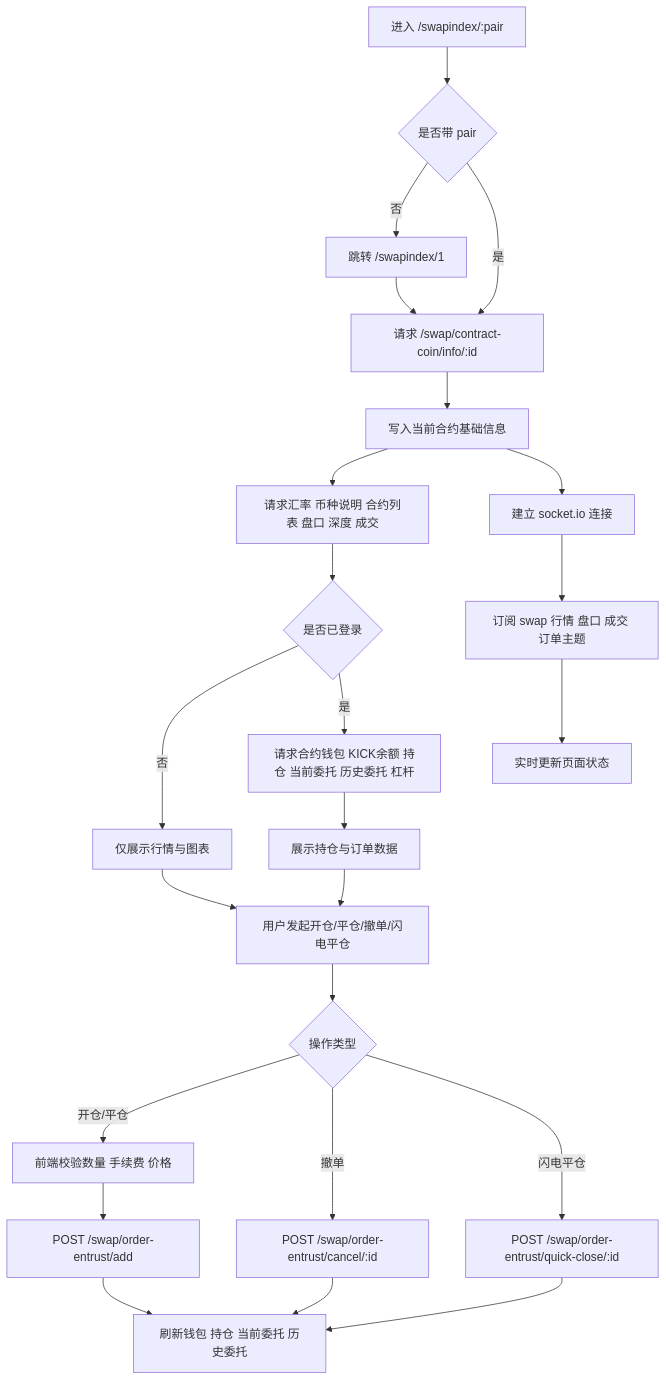
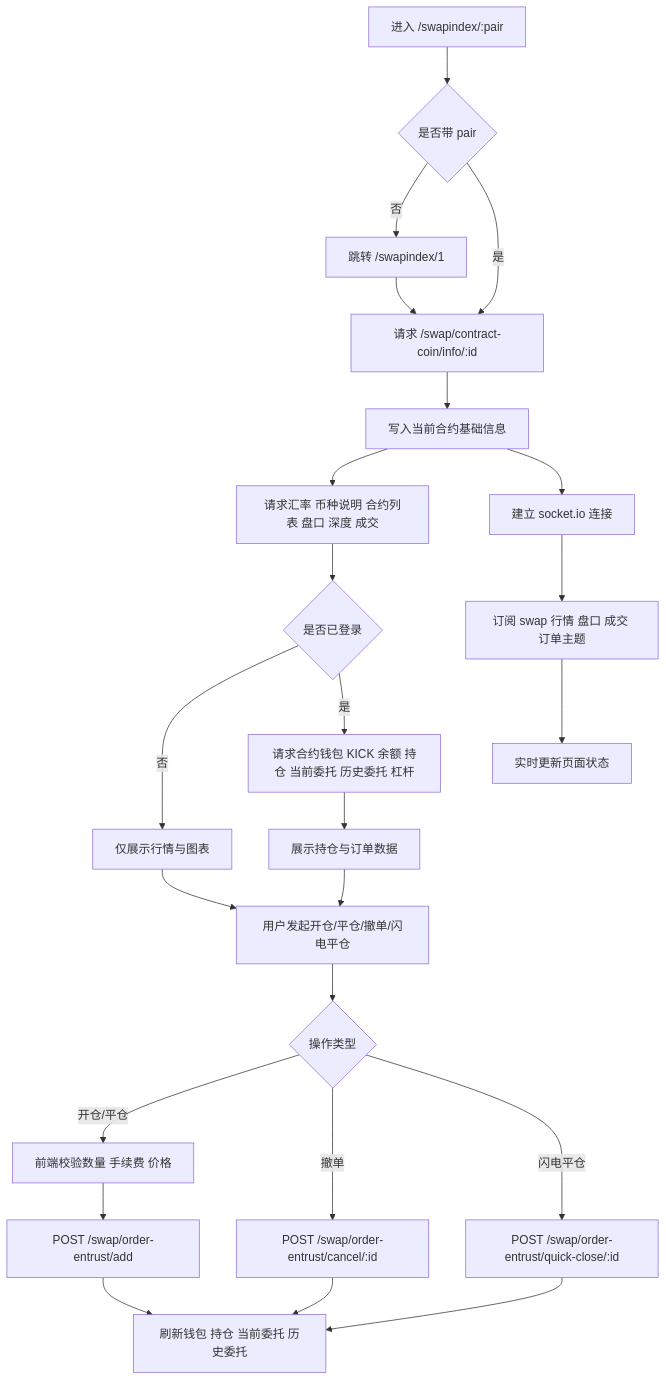
The first of 4 diagrams in 永续合约业务流程梳理.md (ethan2737/mscoin), drawn with Mermaid before and after one commit. The commit also changed other lines of this file and 5 other files, not shown here.

````diff
--- a/永续合约业务流程梳理.md
+++ b/永续合约业务流程梳理.md
@@ -133,26 +461,26 @@
 ```mermaid
 flowchart TD
     A[进入 /swapindex/:pair] --> B{是否带 pair}
     B -- 否 --> C[跳转 /swapindex/1]
     B -- 是 --> D[请求 /swap/contract-coin/info/:id]
     C --> D
     D --> E[写入当前合约基础信息]
     E --> F[请求汇率 币种说明 合约列表 盘口 深度 成交]
     F --> G{是否已登录}
     G -- 否 --> H[仅展示行情与图表]
-    G -- 是 --> I[请求合约钱包 KICK余额 持仓 当前委托 历史委托 杠杆]
+    G -- 是 --> I[请求合约钱包 KICK 余额 持仓 当前委托 历史委托 杠杆]
     I --> J[展示持仓与订单数据]
     H --> K[用户发起开仓/平仓/撤单/闪电平仓]
     J --> K
     K --> L{操作类型}
     L -- 开仓/平仓 --> M[前端校验数量 手续费 价格]
     M --> N[POST /swap/order-entrust/add]
     L -- 撤单 --> O[POST /swap/order-entrust/cancel/:id]
     L -- 闪电平仓 --> P[POST /swap/order-entrust/quick-close/:id]
     N --> Q[刷新钱包 持仓 当前委托 历史委托]
     O --> Q
     P --> Q
     E --> R[建立 socket.io 连接]
     R --> S[订阅 swap 行情 盘口 成交 订单主题]
     S --> T[实时更新页面状态]
 ```
````
